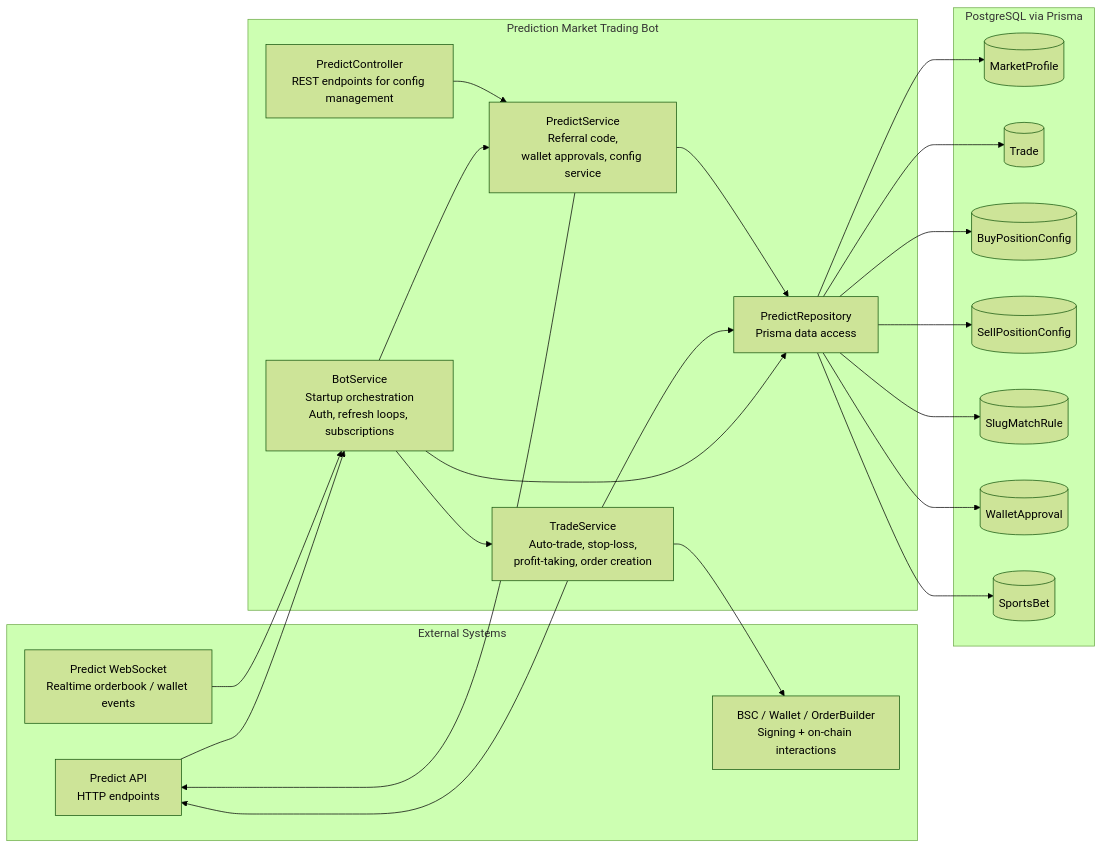
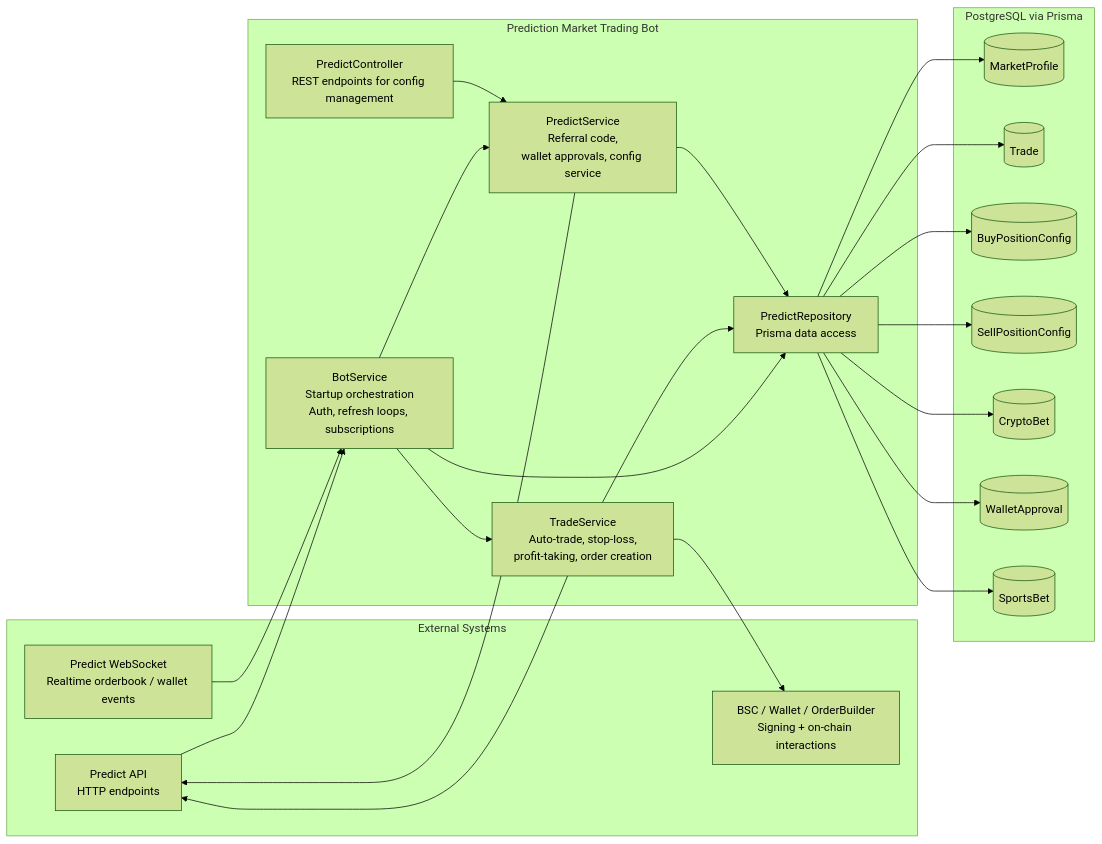
The first of 2 diagrams in docs/architecture.md (blckfsh/prediction-market-trading-bot), drawn with Mermaid (forest theme) before and after one commit. The commit also changed other lines of this file and 6 other files, not shown here.

````diff
--- a/docs/architecture.md
+++ b/docs/architecture.md
@@ -19,50 +19,50 @@
 ```mermaid
 flowchart LR
   subgraph EXT[External Systems]
     PAPI[Predict API<br/>HTTP endpoints]
     PWS[Predict WebSocket<br/>Realtime orderbook / wallet events]
     BSC[BSC / Wallet / OrderBuilder<br/>Signing + on-chain interactions]
   end
 
   subgraph APP[Prediction Market Trading Bot]
     BOT[BotService<br/>Startup orchestration<br/>Auth, refresh loops, subscriptions]
     TRADE[TradeService<br/>Auto-trade, stop-loss,<br/>profit-taking, order creation]
     PRED[PredictService<br/>Referral code,<br/>wallet approvals, config service]
     REPO[PredictRepository<br/>Prisma data access]
     CTRL[PredictController<br/>REST endpoints for config management]
   end
 
   subgraph DB[PostgreSQL via Prisma]
     TBL0[(MarketProfile)]
     TBL1[(Trade)]
     TBL2[(BuyPositionConfig)]
     TBL3[(SellPositionConfig)]
-    TBL4[(SlugMatchRule)]
+    TBL4[(CryptoBet)]
     TBL5[(WalletApproval)]
     TBL6[(SportsBet)]
   end
 
   PAPI --> BOT
   PWS --> BOT
 
   BOT --> PRED
   BOT --> TRADE
   BOT --> REPO
 
   TRADE --> PAPI
   TRADE --> BSC
   TRADE --> REPO
 
   PRED --> PAPI
   PRED --> REPO
 
   CTRL --> PRED
 
   REPO --> TBL0
   REPO --> TBL1
   REPO --> TBL2
   REPO --> TBL3
   REPO --> TBL4
   REPO --> TBL5
   REPO --> TBL6
 ```
````
